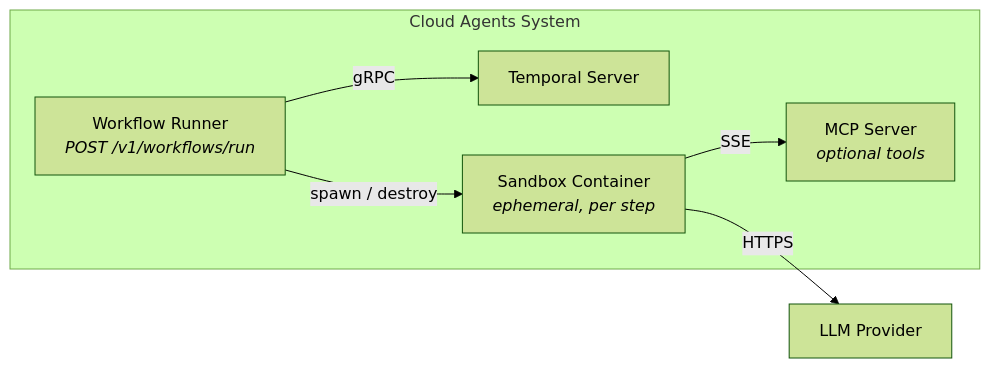
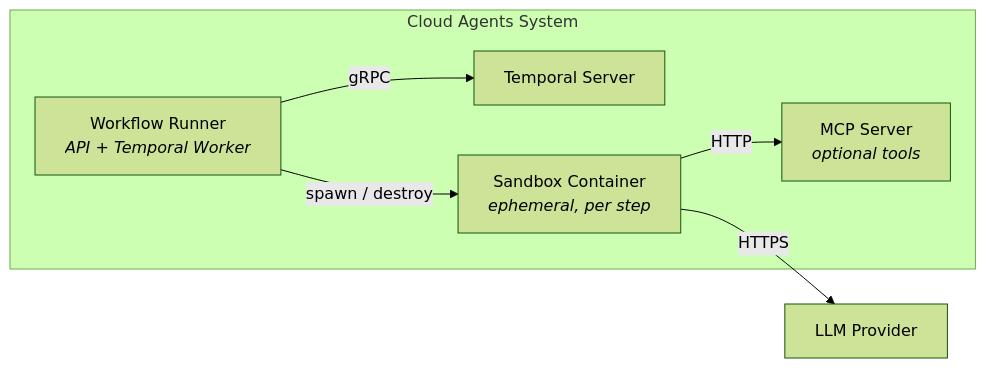
Before and after one commit to jameswnl/lightspeed-cloud-agents: the diagram in docs/DEMO.md, drawn with Mermaid (forest theme). The commit also changed other lines of this file and 1 other file, not shown here.

````diff
--- a/docs/DEMO.md
+++ b/docs/DEMO.md
@@ -9,15 +32,15 @@
 ```mermaid
 graph LR
     subgraph cluster["Cloud Agents System"]
-        WR["Workflow Runner<br/><i>POST /v1/workflows/run</i>"]
+        WR["Workflow Runner<br/><i>API + Temporal Worker</i>"]
         TS["Temporal Server"]
         SB["Sandbox Container<br/><i>ephemeral, per step</i>"]
         MCP["MCP Server<br/><i>optional tools</i>"]
     end
     LLM["LLM Provider"]
 
     WR -- "gRPC" --> TS
     WR -- "spawn / destroy" --> SB
     SB -- "HTTPS" --> LLM
-    SB -- "SSE" --> MCP
+    SB -- "HTTP" --> MCP
 ```
````
